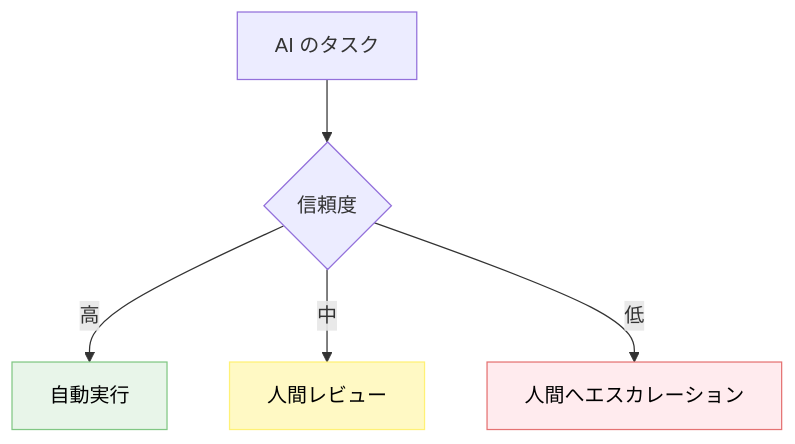
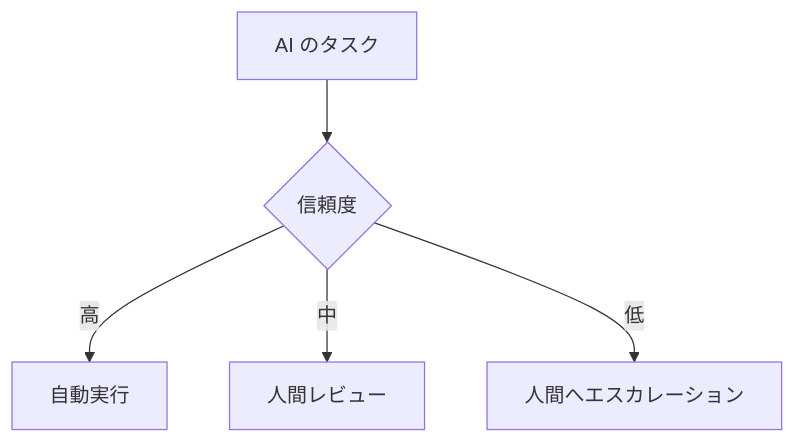
The third of 3 diagrams in docs/concepts/ai-エージェントと人間の責任分界.md (dinekt/dinekt-wiki), drawn with Mermaid before and after one commit. The commit also changed other lines of this file and 70 other files, not shown here.

First line of the commit message:
fix(mermaid): strip all inline styling, rely on theme

````diff
--- a/docs/concepts/ai-エージェントと人間の責任分界.md
+++ b/docs/concepts/ai-エージェントと人間の責任分界.md
@@ -98,11 +92,8 @@
 ```mermaid
 flowchart TD
     T[AI のタスク] --> C{信頼度}
     C -->|高| A[自動実行]
     C -->|中| R[人間レビュー]
     C -->|低| E[人間へエスカレーション]
 
-    style A fill:#e8f5e9,stroke:#81c784,color:#000
-    style R fill:#fff9c4,stroke:#fff176,color:#000
-    style E fill:#ffebee,stroke:#e57373,color:#000
 ```
````
